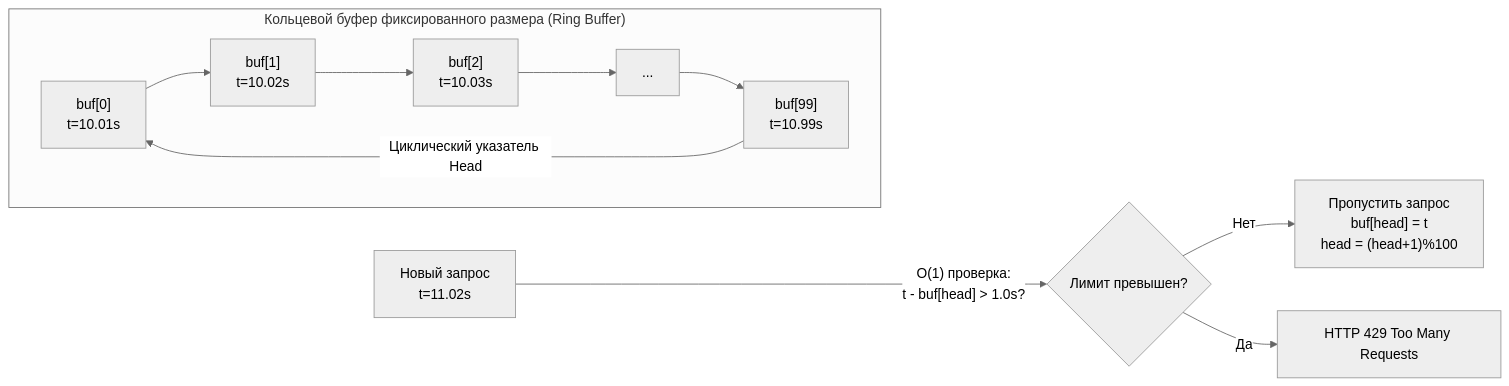
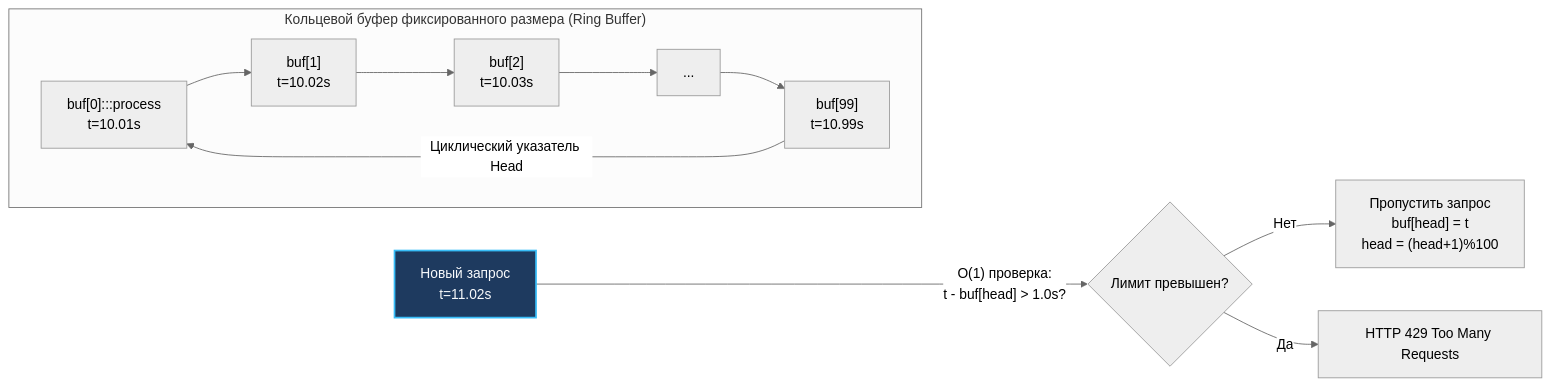
Before and after one commit to UnrealTemplier/go-textbook: the second of 3 diagrams in sources/20. Алгоритмы и структуры данных (DSA) на Go/01. Введение/1. Обзор раздела. Зачем алгоритмы и структуры данных backend разработчику.md, drawn with Mermaid (neutral theme). The commit also changed other lines of this file and 1666 other files, not shown here.

First line of the commit message:
feat(mermaid): add semantic color classDef to 1369 colorless flowchart/graph diagrams

````diff
--- a/sources/20. Алгоритмы и структуры данных (DSA) на Go/01. Введение/1. Обзор раздела. Зачем алгоритмы и структуры данных backend разработчику.md
+++ b/sources/20. Алгоритмы и структуры данных (DSA) на Go/01. Введение/1. Обзор раздела. Зачем алгоритмы и структуры данных backend разработчику.md
@@ -193,15 +203,25 @@
 ```mermaid
 flowchart LR
+    classDef process  fill:#1e293b,stroke:#38bdf8,stroke-width:1px,color:#f8fafc
+    classDef success  fill:#064e3b,stroke:#34d399,stroke-width:1px,color:#f8fafc
+    classDef error    fill:#7f1d1d,stroke:#f87171,stroke-width:1px,color:#f8fafc
+    classDef warning  fill:#78350f,stroke:#fbbf24,stroke-width:1px,color:#f8fafc
+    classDef entry    fill:#1e3a5f,stroke:#38bdf8,stroke-width:2px,color:#f8fafc
+    classDef aux      fill:#334155,stroke:#64748b,stroke-width:1px,color:#f8fafc
+    classDef system   fill:#312e81,stroke:#a78bfa,stroke-width:1px,color:#f8fafc
+    classDef data     fill:#132d29,stroke:#2dd4bf,stroke-width:1px,color:#f8fafc
+    classDef network  fill:#881337,stroke:#fb7185,stroke-width:1px,color:#f8fafc
+    classDef accent   fill:#1e1b4b,stroke:#818cf8,stroke-width:1px,color:#f8fafc
     subgraph RingBuffer["Кольцевой буфер фиксированного размера (Ring Buffer)"]
         direction LR
-        Slot0["buf[0]<br>t=10.01s"] --> Slot1["buf[1]<br>t=10.02s"]
+        Slot0["buf[0]:::process<br>t=10.01s"] --> Slot1["buf[1]<br>t=10.02s"]
         Slot1 --> Slot2["buf[2]<br>t=10.03s"]
         Slot2 --> Dots["..."]
         Dots --> Slot99["buf[99]<br>t=10.99s"]
         Slot99 -->|"Циклический указатель Head"| Slot0
     end
 
-    NewReq["Новый запрос<br>t=11.02s"] -->|"O(1) проверка:<br>t - buf[head] > 1.0s?"| Decision{"Лимит превышен?"}
+    NewReq["Новый запрос<br>t=11.02s"]:::entry -->|"O(1) проверка:<br>t - buf[head] > 1.0s?"| Decision{"Лимит превышен?"}
     Decision -->|"Нет"| Allow["Пропустить запрос<br>buf[head] = t<br>head = (head+1)%100"]
     Decision -->|"Да"| Reject["HTTP 429 Too Many Requests"]
 ```
````
